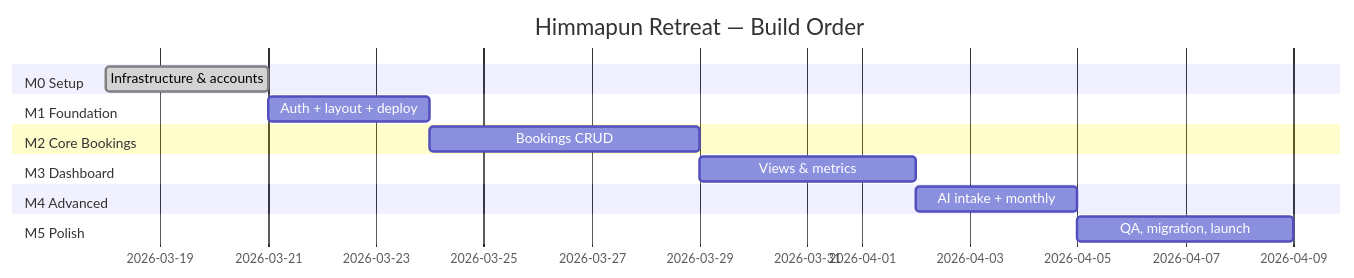
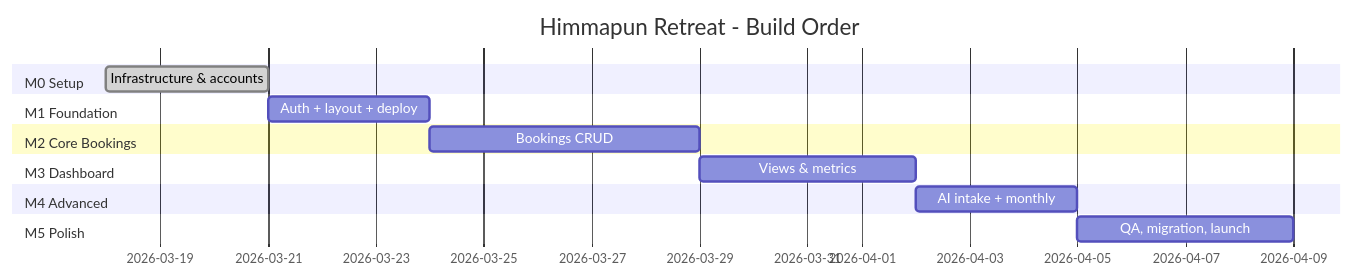
One commit to wongjinar-ai/expample changed the third of 6 diagrams in learning/04-project-management.md. Above: the diagram before and after it, drawn with Mermaid. The commit also changed other lines of this file and 24 other files, not shown here.

````diff
--- a/learning/04-project-management.md
+++ b/learning/04-project-management.md
@@ -66,17 +66,17 @@
 ```mermaid
 gantt
-    title Himmapun Retreat — Build Order
+    title Himmapun Retreat - Build Order
     dateFormat YYYY-MM-DD
     section M0 Setup
         Infrastructure & accounts  :done, m0, 2026-03-18, 3d
     section M1 Foundation
         Auth + layout + deploy     :m1, after m0, 3d
     section M2 Core Bookings
         Bookings CRUD              :m2, after m1, 5d
     section M3 Dashboard
         Views & metrics            :m3, after m2, 4d
     section M4 Advanced
         AI intake + monthly        :m4, after m3, 3d
     section M5 Polish
         QA, migration, launch      :m5, after m4, 4d
 ```
````
